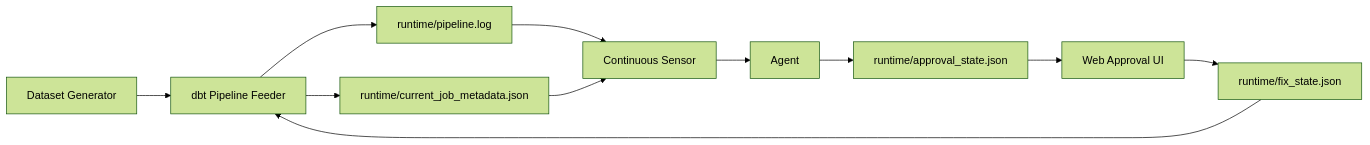
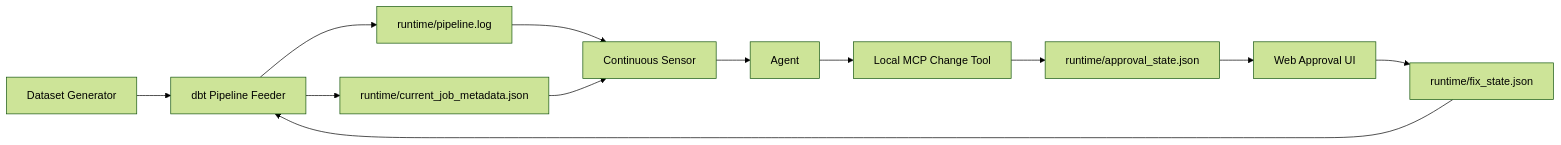
Before and after one commit to unneeks/agent-demo-de: the fourth of 4 diagrams in agentic-ai-ollama-demo/README.md, drawn with Mermaid (forest theme). The commit also changed other lines of this file and 12 other files, not shown here.

````diff
--- a/agentic-ai-ollama-demo/README.md
+++ b/agentic-ai-ollama-demo/README.md
@@ -185,13 +305,14 @@
 ```mermaid
 flowchart LR
     D["Dataset Generator"] --> P["dbt Pipeline Feeder"]
     P --> L["runtime/pipeline.log"]
     P --> M["runtime/current_job_metadata.json"]
     L --> S["Continuous Sensor"]
     M --> S
     S --> A["Agent"]
-    A --> Q["runtime/approval_state.json"]
+    A --> C["Local MCP Change Tool"]
+    C --> Q["runtime/approval_state.json"]
     Q --> U["Web Approval UI"]
     U --> F["runtime/fix_state.json"]
     F --> P
 ```
````
